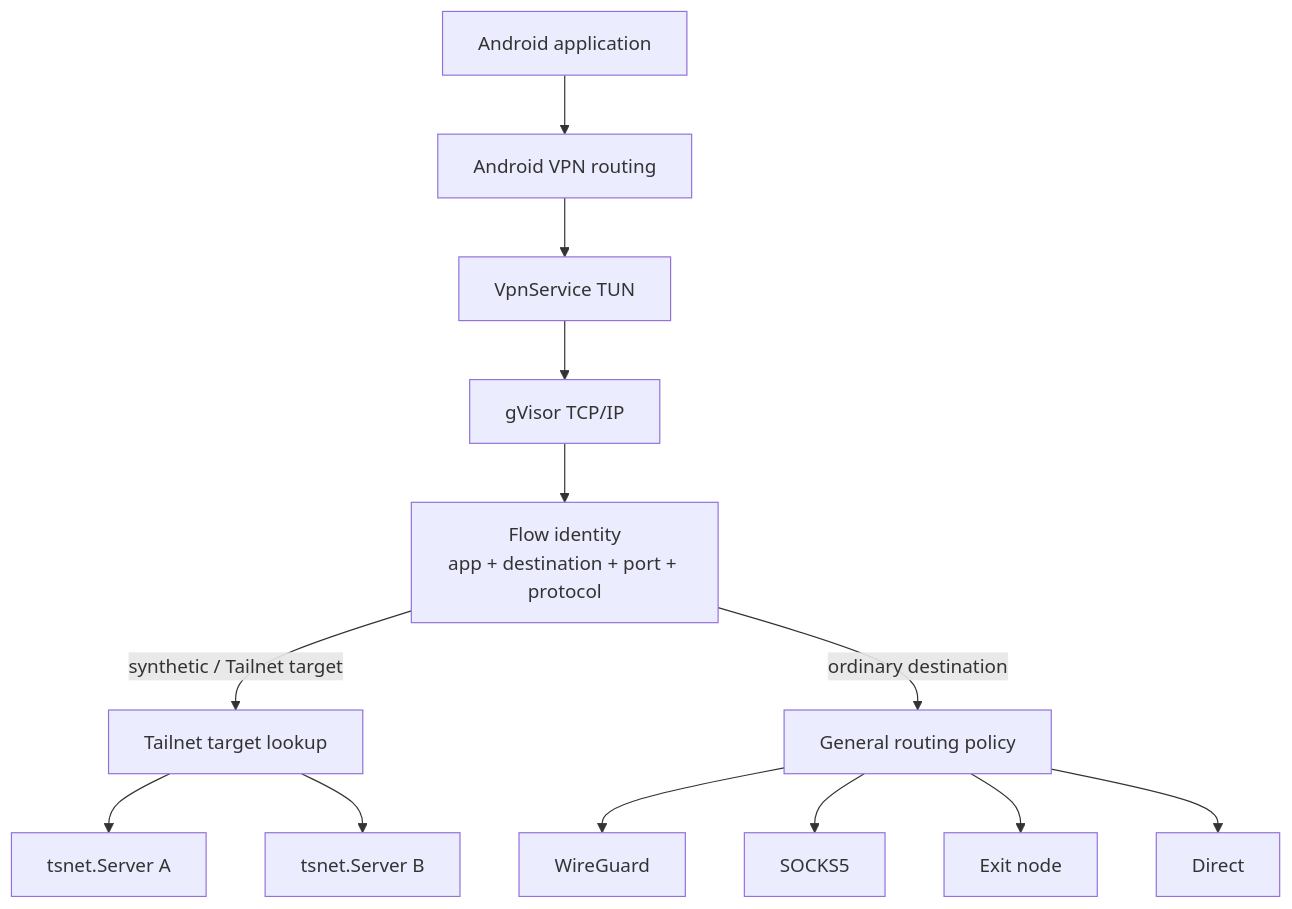
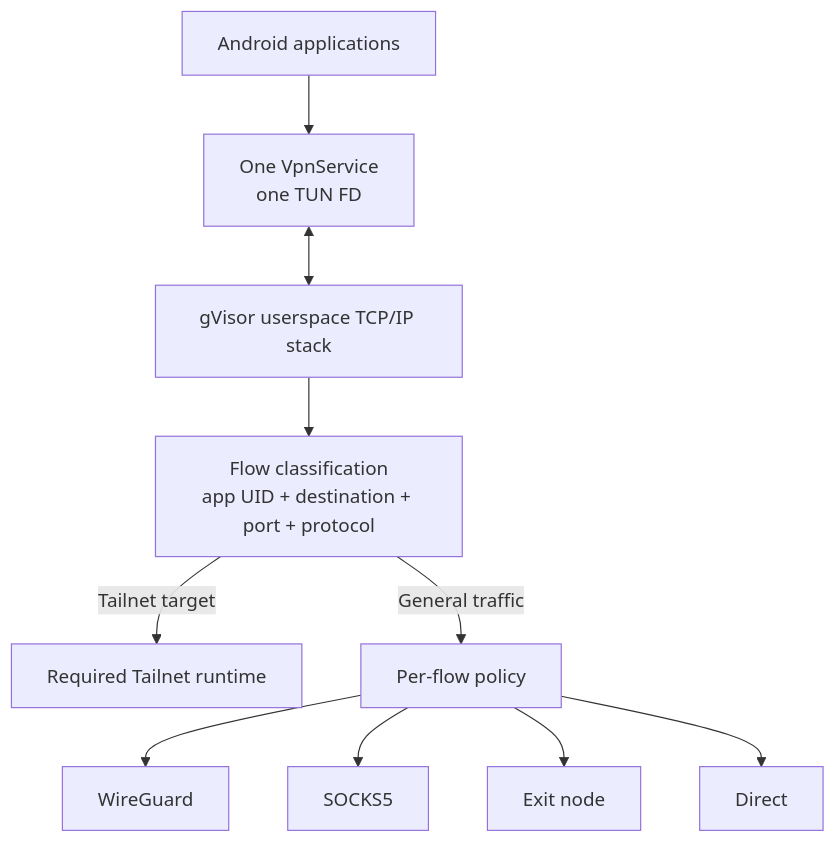
Before and after one commit to franticplant/tailmesh-android: the fourth of 4 diagrams in README.md, drawn with Mermaid. The commit also changed other lines of this file, not shown here.

````diff
--- a/README.md
+++ b/README.md
@@ -253,22 +210,14 @@
 ```mermaid
 flowchart TB
-    APP["Android application"]
-    KERNEL["Android VPN routing"]
-    TUN["VpnService TUN"]
-    GVISOR["gVisor TCP/IP"]
-    FLOW["Flow identity<br/>app + destination + port + protocol"]
-    TARGET["Tailnet target lookup"]
-    POLICY["General routing policy"]
+    apps["Android applications"] --> fd["One VpnService<br/>one TUN FD"]
+    fd <--> stack["gVisor userspace TCP/IP stack"]
+    stack --> flow["Flow classification<br/>app UID + destination + port + protocol"]
 
-    APP --> KERNEL --> TUN --> GVISOR --> FLOW
-    FLOW -->|"synthetic / Tailnet target"| TARGET
-    FLOW -->|"ordinary destination"| POLICY
+    flow -->|"Tailnet target"| target["Required Tailnet runtime"]
+    flow -->|"General traffic"| policy["Per-flow policy"]
 
-    TARGET --> TS1["tsnet.Server A"]
-    TARGET --> TS2["tsnet.Server B"]
-
-    POLICY --> WG["WireGuard"]
-    POLICY --> SOCKS["SOCKS5"]
-    POLICY --> EXIT["Exit node"]
-    POLICY --> DIRECT["Direct"]
+    policy --> wg["WireGuard"]
+    policy --> socks["SOCKS5"]
+    policy --> exit["Exit node"]
+    policy --> direct["Direct"]
 ```
````
